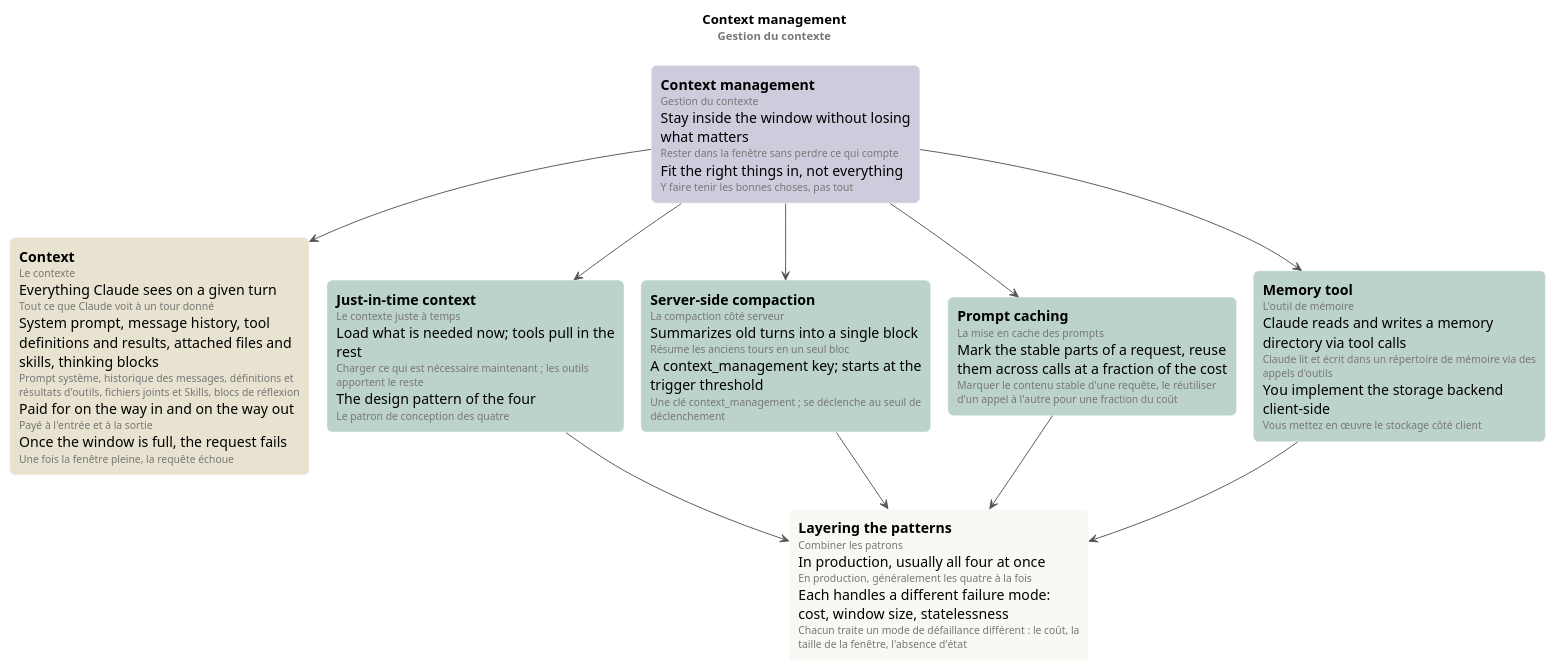
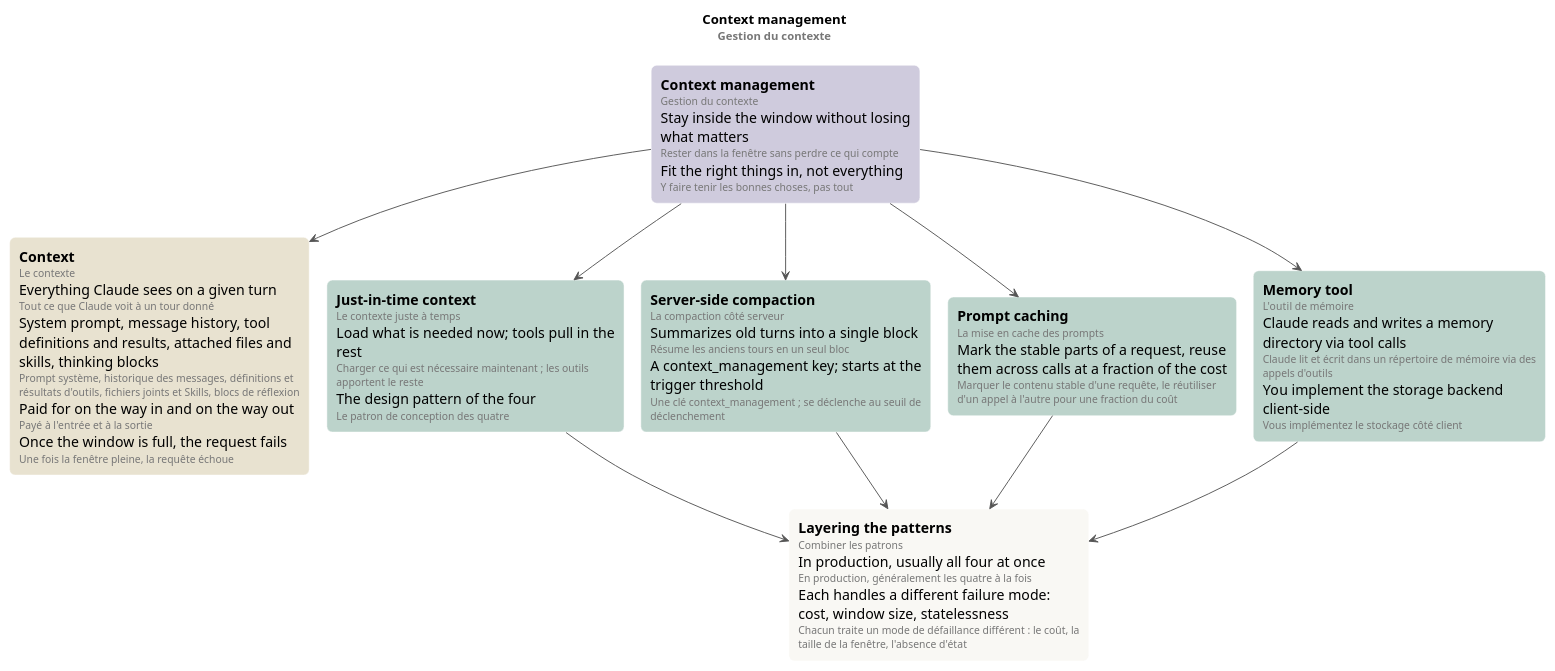
Before and after one commit to ltruchot/anthropic-academy-ai-glossary: the diagram in 05-claude-platform-101/mindmap/context-management.puml, drawn with PlantUML. The commit also changed 9 other files, not shown here.

```diff
--- a/05-claude-platform-101/mindmap/context-management.puml
+++ b/05-claude-platform-101/mindmap/context-management.puml
@@ -1,46 +1,46 @@
 @startuml context-management
 ' Render: java -jar plantuml.jar -tsvg context-management.puml (smetana: no Graphviz needed).
 !pragma layout smetana
 
 skinparam defaultFontName Helvetica
 skinparam shadowing false
 skinparam roundCorner 12
 skinparam ArrowColor #555555
 skinparam rectangle {
   BorderColor #FFFFFF
   FontSize 15
 }
 <style>
 rectangle {
   MinimumWidth 230
   MaximumWidth 300
 }
 </style>
 
 title Context management\n<size:12><color:#777>Gestion du contexte</color></size>
 
 rectangle "**Context management**\n<size:11><color:#777>Gestion du contexte</color></size>\nStay inside the window without losing what matters\n<size:11><color:#777>Rester dans la fenêtre sans perdre ce qui compte</color></size>\nFit the right things in, not everything\n<size:11><color:#777>Y faire tenir les bonnes choses, pas tout</color></size>" as CM #CFCBDD
 
 rectangle "**Context**\n<size:11><color:#777>Le contexte</color></size>\nEverything Claude sees on a given turn\n<size:11><color:#777>Tout ce que Claude voit à un tour donné</color></size>\nSystem prompt, message history, tool definitions and results, attached files and skills, thinking blocks\n<size:11><color:#777>Prompt système, historique des messages, définitions et résultats d'outils, fichiers joints et Skills, blocs de réflexion</color></size>\nPaid for on the way in and on the way out\n<size:11><color:#777>Payé à l'entrée et à la sortie</color></size>\nOnce the window is full, the request fails\n<size:11><color:#777>Une fois la fenêtre pleine, la requête échoue</color></size>" as CTX #E8E2D0
 
 rectangle "**Just-in-time context**\n<size:11><color:#777>Le contexte juste à temps</color></size>\nLoad what is needed now; tools pull in the rest\n<size:11><color:#777>Charger ce qui est nécessaire maintenant ; les outils apportent le reste</color></size>\nThe design pattern of the four\n<size:11><color:#777>Le patron de conception des quatre</color></size>" as JIT #BCD3CB
 
 rectangle "**Server-side compaction**\n<size:11><color:#777>La compaction côté serveur</color></size>\nSummarizes old turns into a single block\n<size:11><color:#777>Résume les anciens tours en un seul bloc</color></size>\nA context_management key; starts at the trigger threshold\n<size:11><color:#777>Une clé context_management ; se déclenche au seuil de déclenchement</color></size>" as COMP #BCD3CB
 
 rectangle "**Prompt caching**\n<size:11><color:#777>La mise en cache des prompts</color></size>\nMark the stable parts of a request, reuse them across calls at a fraction of the cost\n<size:11><color:#777>Marquer le contenu stable d'une requête, le réutiliser d'un appel à l'autre pour une fraction du coût</color></size>" as CACHE #BCD3CB
 
-rectangle "**Memory tool**\n<size:11><color:#777>L'outil de mémoire</color></size>\nClaude reads and writes a memory directory via tool calls\n<size:11><color:#777>Claude lit et écrit dans un répertoire de mémoire via des appels d'outils</color></size>\nYou implement the storage backend client-side\n<size:11><color:#777>Vous mettez en œuvre le stockage côté client</color></size>" as MEM #BCD3CB
+rectangle "**Memory tool**\n<size:11><color:#777>L'outil de mémoire</color></size>\nClaude reads and writes a memory directory via tool calls\n<size:11><color:#777>Claude lit et écrit dans un répertoire de mémoire via des appels d'outils</color></size>\nYou implement the storage backend client-side\n<size:11><color:#777>Vous implémentez le stockage côté client</color></size>" as MEM #BCD3CB
 
 rectangle "**Layering the patterns**\n<size:11><color:#777>Combiner les patrons</color></size>\nIn production, usually all four at once\n<size:11><color:#777>En production, généralement les quatre à la fois</color></size>\nEach handles a different failure mode: cost, window size, statelessness\n<size:11><color:#777>Chacun traite un mode de défaillance différent : le coût, la taille de la fenêtre, l'absence d'état</color></size>" as LAYER #F9F8F4
 
 CM --> CTX
 CM --> JIT
 CM --> COMP
 CM --> CACHE
 CM --> MEM
 JIT --> LAYER
 COMP --> LAYER
 CACHE --> LAYER
 MEM --> LAYER
 
 @enduml
```
